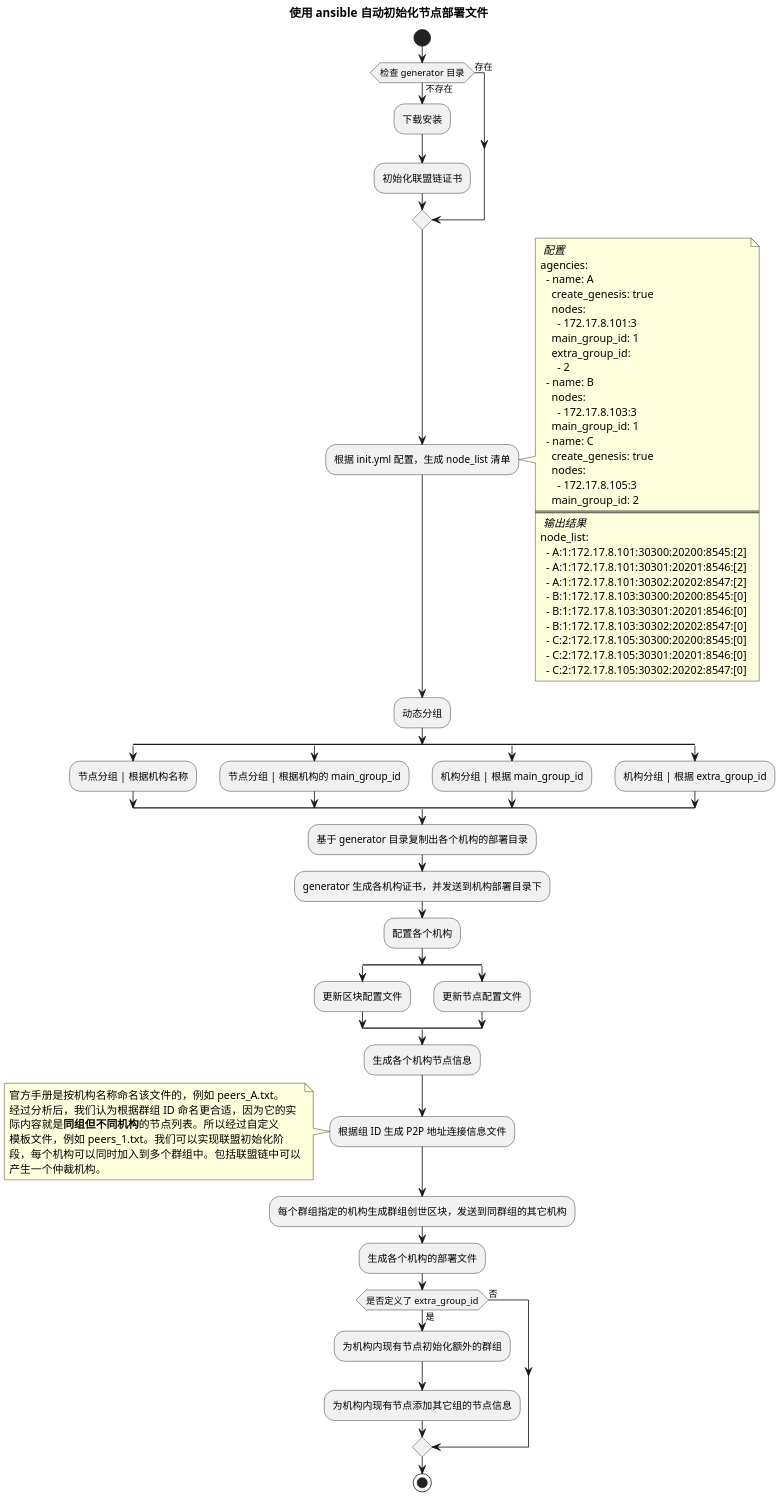
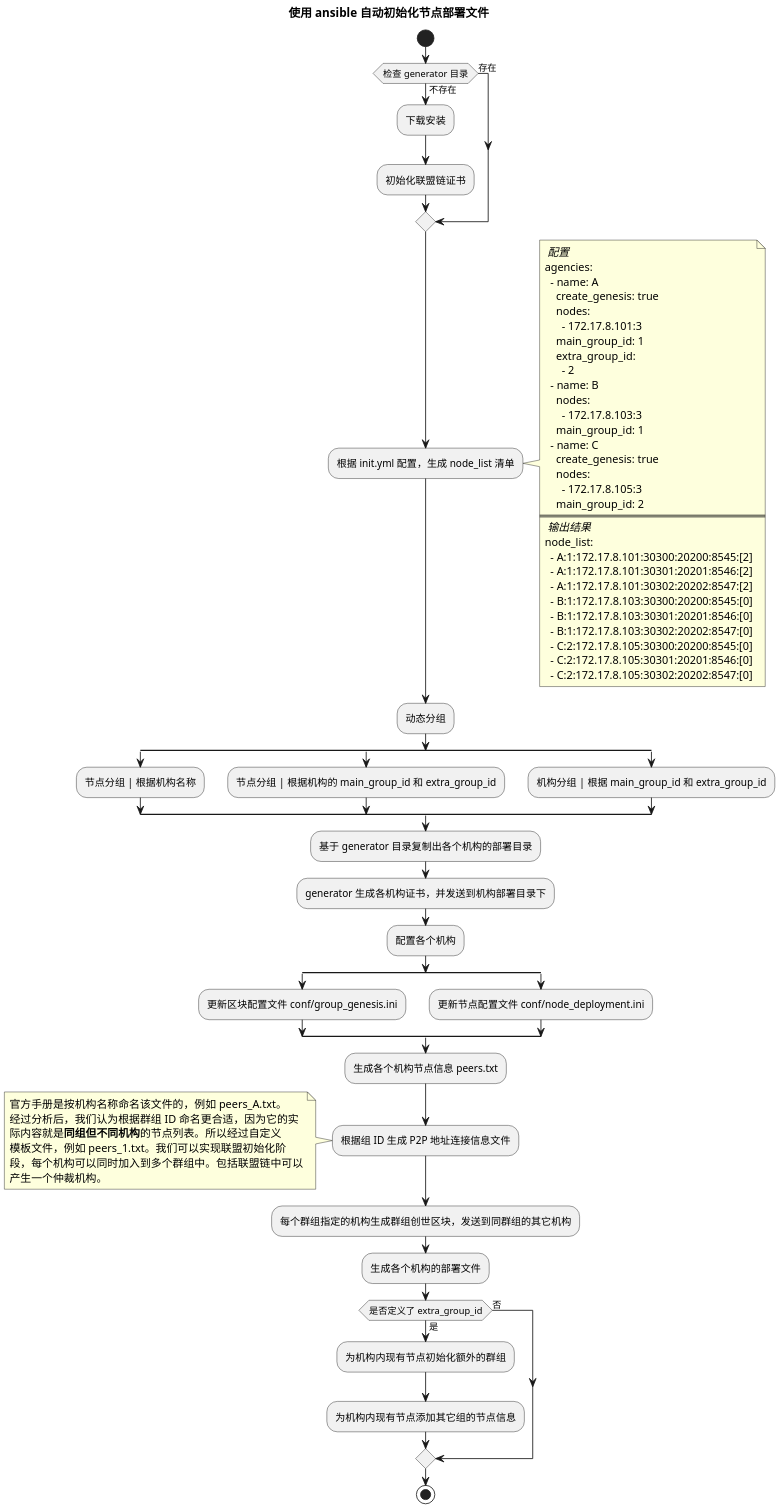
One commit to newtouch-cloud/ansible-for-fisco-bcos changed the diagram in Docs/activity-diagram-ansible.plantuml. Above: the diagram before and after it, drawn with PlantUML. The commit also changed 8 other files, not shown here.

Commit message:
REV: 补充一些代码注释。更新了流程图。

```diff
--- a/Docs/activity-diagram-ansible.plantuml
+++ b/Docs/activity-diagram-ansible.plantuml
@@ -1,93 +1,91 @@
 @startuml
 
 scale 1920 width
 
 title 使用 ansible 自动初始化节点部署文件
 
 start
 
 if (检查 generator 目录) then (不存在)
   :下载安装;
   :初始化联盟链证书;
 else (存在)
 endif
 :根据 init.yml 配置，生成 node_list 清单;
 note right
   // 配置 //
   agencies:
     - name: A
       create_genesis: true
       nodes:
         - 172.17.8.101:3
       main_group_id: 1
       extra_group_id:
         - 2
     - name: B
       nodes:
         - 172.17.8.103:3
       main_group_id: 1
     - name: C
       create_genesis: true
       nodes:
         - 172.17.8.105:3
       main_group_id: 2
   ====
   // 输出结果 //
   node_list:
     - A:1:172.17.8.101:30300:20200:8545:[2]
     - A:1:172.17.8.101:30301:20201:8546:[2]
     - A:1:172.17.8.101:30302:20202:8547:[2]
     - B:1:172.17.8.103:30300:20200:8545:[0]
     - B:1:172.17.8.103:30301:20201:8546:[0]
     - B:1:172.17.8.103:30302:20202:8547:[0]
     - C:2:172.17.8.105:30300:20200:8545:[0]
     - C:2:172.17.8.105:30301:20201:8546:[0]
     - C:2:172.17.8.105:30302:20202:8547:[0]
 end note
 
 :动态分组;
 split
   :节点分组 | 根据机构名称;
 split again
-  :节点分组 | 根据机构的 main_group_id;
+  :节点分组 | 根据机构的 main_group_id 和 extra_group_id;
 split again
-  :机构分组 | 根据 main_group_id;
-split again
-  :机构分组 | 根据 extra_group_id;
+  :机构分组 | 根据 main_group_id 和 extra_group_id;
 end split
 
 :基于 generator 目录复制出各个机构的部署目录;
 
 :generator 生成各机构证书，并发送到机构部署目录下;
 
 :配置各个机构;
 split
-  :更新区块配置文件;
+  :更新区块配置文件 conf/group_genesis.ini;
 split again
-  :更新节点配置文件;
+  :更新节点配置文件 conf/node_deployment.ini;
 end split
 
-:生成各个机构节点信息;
+:生成各个机构节点信息 peers.txt;
 
 :根据组 ID 生成 P2P 地址连接信息文件;
 note left
   官方手册是按机构名称命名该文件的，例如 peers_A.txt。
   经过分析后，我们认为根据群组 ID 命名更合适，因为它的实
   际内容就是**同组但不同机构**的节点列表。所以经过自定义
   模板文件，例如 peers_1.txt。我们可以实现联盟初始化阶
   段，每个机构可以同时加入到多个群组中。包括联盟链中可以
   产生一个仲裁机构。
 end note
 
 :每个群组指定的机构生成群组创世区块，发送到同群组的其它机构;
 
 :生成各个机构的部署文件;
 if (是否定义了 extra_group_id) then (是)
   :为机构内现有节点初始化额外的群组;
   :为机构内现有节点添加其它组的节点信息;
 else (否)
 endif
 
 stop
 
 @enduml
```
